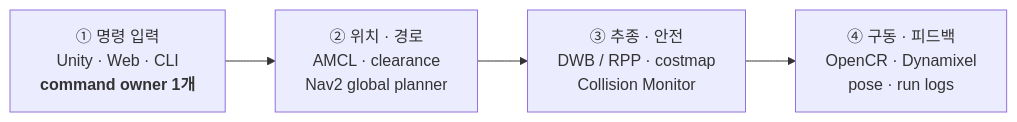
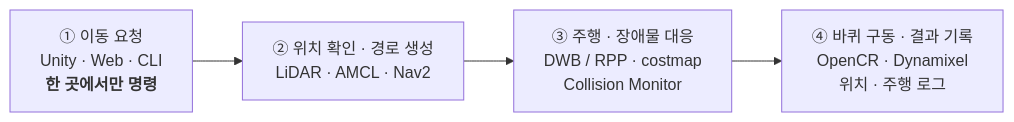
The second of 3 diagrams in README.md (eduwing-robotics/ros2-ai-amr-repo2), drawn with Mermaid before and after one commit. The commit also changed other lines of this file, not shown here.

````diff
--- a/README.md
+++ b/README.md
@@ -351,9 +351,9 @@
 ```mermaid
 flowchart LR
-    INPUT["① 명령 입력<br/>Unity · Web · CLI<br/><b>command owner 1개</b>"]
-    NAV["② 위치 · 경로<br/>AMCL · clearance<br/>Nav2 global planner"]
-    CONTROL["③ 추종 · 안전<br/>DWB / RPP · costmap<br/>Collision Monitor"]
-    DRIVE["④ 구동 · 피드백<br/>OpenCR · Dynamixel<br/>pose · run logs"]
+    INPUT["① 이동 요청<br/>Unity · Web · CLI<br/><b>한 곳에서만 명령</b>"]
+    NAV["② 위치 확인 · 경로 생성<br/>LiDAR · AMCL · Nav2"]
+    CONTROL["③ 주행 · 장애물 대응<br/>DWB / RPP · costmap<br/>Collision Monitor"]
+    DRIVE["④ 바퀴 구동 · 결과 기록<br/>OpenCR · Dynamixel<br/>위치 · 주행 로그"]
 
     INPUT --> NAV --> CONTROL --> DRIVE
 ```
````
